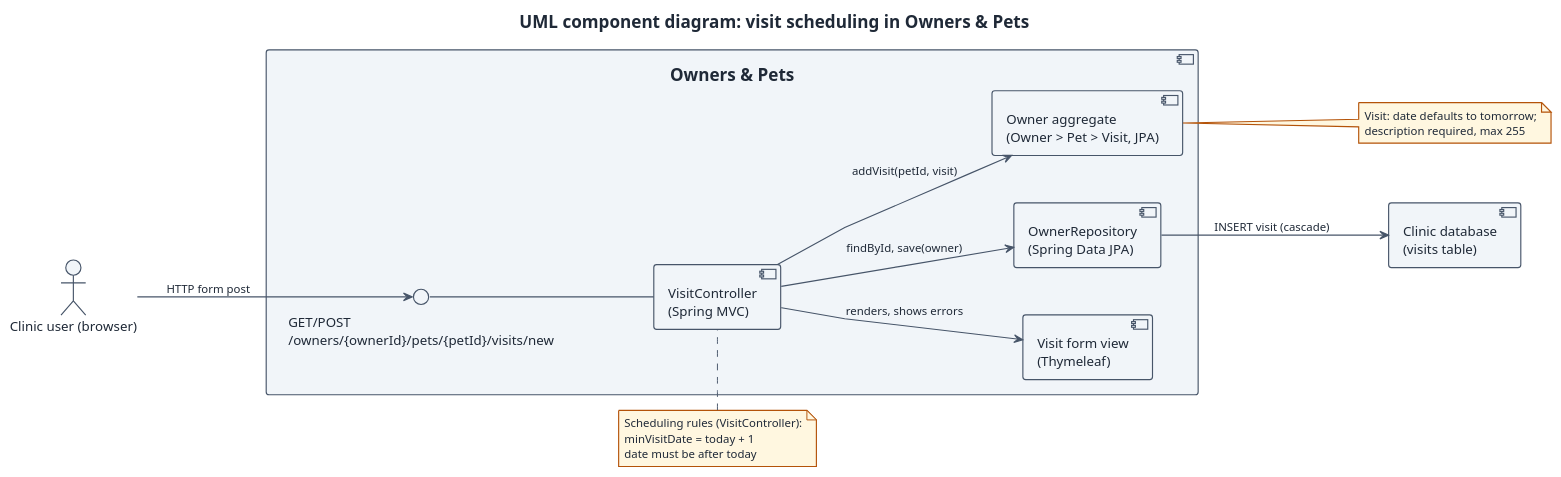
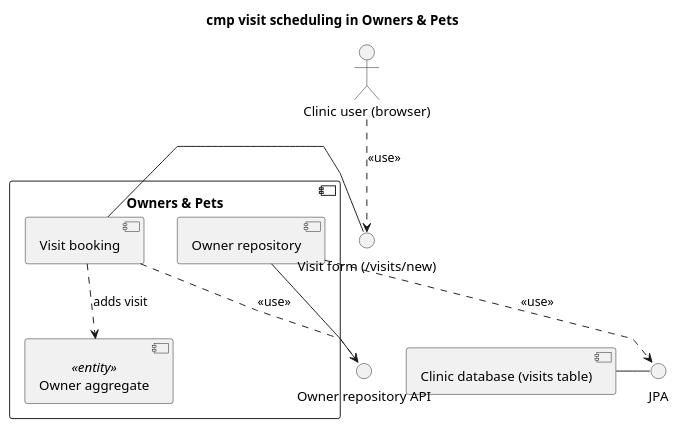
Before and after one commit to sa4s-serc/task2View: the diagram in experiments/view-generation-2026-10/skill/uml-view/examples/component-detailed/view.puml, drawn with PlantUML. The commit also changed 23 other files, not shown here.

First line of the commit message:
Condition G: component views from a checked UML model, tighter critic, no element budget

```diff
--- a/experiments/view-generation-2026-10/skill/uml-view/examples/component-detailed/view.puml
+++ b/experiments/view-generation-2026-10/skill/uml-view/examples/component-detailed/view.puml
@@ -1,62 +1,25 @@
 @startuml
-' ---- house style (slide) ----
-skinparam shadowing false
+skinparam componentStyle uml2
 skinparam defaultFontName Helvetica
-skinparam maxMessageSize 180
-skinparam wrapWidth 180
-<style>
-root {
-  FontName Helvetica
-  FontSize 14
-  FontColor #1F2937
-}
-element { BackgroundColor #F1F5F9; LineColor #475569; LineThickness 1.2; RoundCorner 6 }
-arrow   { LineColor #475569; LineThickness 1.2; FontSize 12; MaximumWidth 180 }
-note    { BackgroundColor #FFF7E0; LineColor #B45309; FontSize 12; MaximumWidth 220 }
-title   { FontSize 18; FontStyle bold }
-caption { FontSize 12; FontColor #64748B }
-legend  { FontSize 12; BackgroundColor white; LineColor #CBD5E1; MaximumWidth 320 }
-.accent { BackgroundColor #1D4ED8; FontColor white; LineColor #1E3A8A }
-.alert  { BackgroundColor #FEE2E2; FontColor #7F1D1D; LineColor #B91C1C }
-.muted  { BackgroundColor #F8FAFC; FontColor #64748B; LineColor #CBD5E1 }
-</style>
-hide <<accent>> stereotype
-hide <<alert>> stereotype
-hide <<muted>> stereotype
-' ---- layout (Graphviz dot) ----
 skinparam linetype polyline
-skinparam nodesep 50
-skinparam ranksep 60
-left to right direction
-
-' ---- body ----
-title UML component diagram: visit scheduling in Owners & Pets
+title cmp visit scheduling in Owners & Pets
 
 actor "Clinic user (browser)" as user
+component "Owners & Pets" as owners {
+  component "Visit booking" as visitBooking
+  component "Owner aggregate" as ownerAgg <<entity>>
+  component "Owner repository" as ownerRepo
+}
+component "Clinic database (visits table)" as db
+interface "Visit form (/visits/new)" as visitForm
+interface "Owner repository API" as ownerRepoApi
+interface "JPA" as jpa
 
-component "Owners & Pets" as owners {
-  interface "GET/POST\n/owners/{ownerId}/pets/{petId}/visits/new" as visitsApi
-  component "VisitController\n(Spring MVC)" as visitCtl
-  component "Visit form view\n(Thymeleaf)" as visitForm
-  component "Owner aggregate\n(Owner > Pet > Visit, JPA)" as ownerAgg
-  component "OwnerRepository\n(Spring Data JPA)" as ownerRepo
-}
-component "Clinic database\n(visits table)" as db
-
-user      --> visitsApi : HTTP form post
-visitsApi  -- visitCtl
-visitCtl  --> visitForm : renders, shows errors
-visitCtl  --> ownerAgg  : addVisit(petId, visit)
-visitCtl  --> ownerRepo : findById, save(owner)
-ownerRepo --> db        : INSERT visit (cascade)
-
-note top of visitCtl
-  Scheduling rules (VisitController):
-  minVisitDate = today + 1
-  date must be after today
-end note
-note right of ownerAgg
-  Visit: date defaults to tomorrow;
-  description required, max 255
-end note
+visitBooking - visitForm
+ownerRepo - ownerRepoApi
+db - jpa
+visitBooking ..> ownerRepoApi : <<use>>
+ownerRepo ..> jpa : <<use>>
+user ..> visitForm : <<use>>
+visitBooking ..> ownerAgg : adds visit
 @enduml
```
